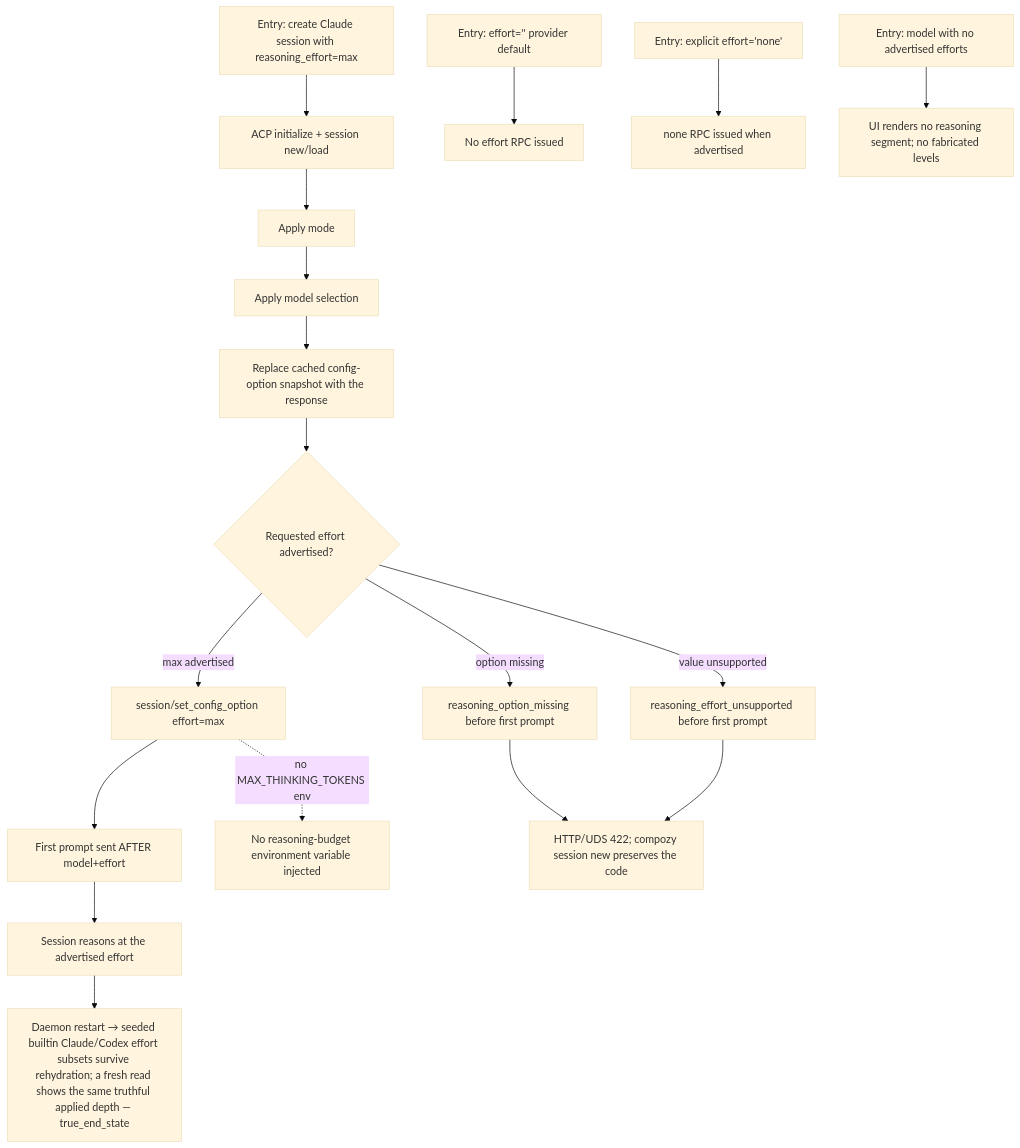
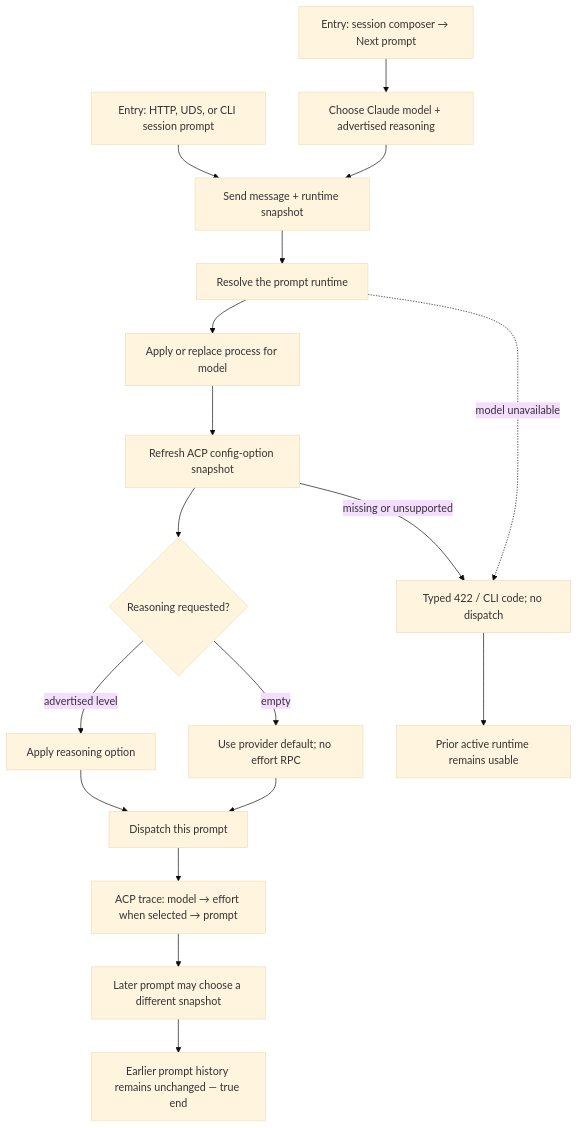
Before and after one commit to compozy/compozy: the diagram in docs/qa/journeys/J-21-claude-reasoning-end-to-end.md, drawn with Mermaid (base theme). The commit also changed other lines of this file and 153 other files, not shown here.

First line of the commit message:
fix: harden session runtime switching

````diff
--- a/docs/qa/journeys/J-21-claude-reasoning-end-to-end.md
+++ b/docs/qa/journeys/J-21-claude-reasoning-end-to-end.md
@@ -5,20 +9,20 @@
 ```mermaid
 flowchart TD
-    E1[Entry: create Claude session with reasoning_effort=max] --> INIT[ACP initialize + session new/load]
-    INIT --> MODE[Apply mode]
-    MODE --> MODEL[Apply model selection]
-    MODEL --> SNAP[Replace cached config-option snapshot with the response]
-    SNAP --> EFFORT{Requested effort advertised?}
-    EFFORT -->|max advertised| APPLY[session/set_config_option effort=max]
-    EFFORT -->|option missing| RMISS[reasoning_option_missing before first prompt]
-    EFFORT -->|value unsupported| RUNSUP[reasoning_effort_unsupported before first prompt]
-    APPLY --> PROMPT[First prompt sent AFTER model+effort]
-    PROMPT --> RUN[Session reasons at the advertised effort]
-    RUN --> RESTART[Daemon restart → seeded builtin Claude/Codex effort subsets survive rehydration; a fresh read shows the same truthful applied depth — true_end_state]
-    E2[Entry: effort='' provider default] --> NORPC[No effort RPC issued]
-    E3[Entry: explicit effort='none'] --> RPCNONE[none RPC issued when advertised]
-    E4[Entry: model with no advertised efforts] --> NOSEG[UI renders no reasoning segment; no fabricated levels]
-    RMISS --> ERR422[HTTP/UDS 422; compozy session new preserves the code]
-    RUNSUP --> ERR422
-    APPLY -.->|no MAX_THINKING_TOKENS env| NOENV[No reasoning-budget environment variable injected]
+    E1[Entry: session composer → Next prompt] --> PICK[Choose Claude model + advertised reasoning]
+    E2[Entry: HTTP, UDS, or CLI session prompt] --> PAYLOAD[Send message + runtime snapshot]
+    PICK --> PAYLOAD
+    PAYLOAD --> PLAN[Resolve the prompt runtime]
+    PLAN --> MODEL[Apply or replace process for model]
+    MODEL --> OPTIONS[Refresh ACP config-option snapshot]
+    OPTIONS --> EFFORT{Reasoning requested?}
+    EFFORT -->|advertised level| APPLY[Apply reasoning option]
+    EFFORT -->|empty| NORPC[Use provider default; no effort RPC]
+    APPLY --> DISPATCH[Dispatch this prompt]
+    NORPC --> DISPATCH
+    DISPATCH --> TRACE[ACP trace: model → effort when selected → prompt]
+    TRACE --> LATER[Later prompt may choose a different snapshot]
+    LATER --> END[Earlier prompt history remains unchanged — true end]
+    OPTIONS -->|missing or unsupported| FAIL[Typed 422 / CLI code; no dispatch]
+    FAIL --> ROLLBACK[Prior active runtime remains usable]
+    PLAN -.->|model unavailable| FAIL
 ```
````
